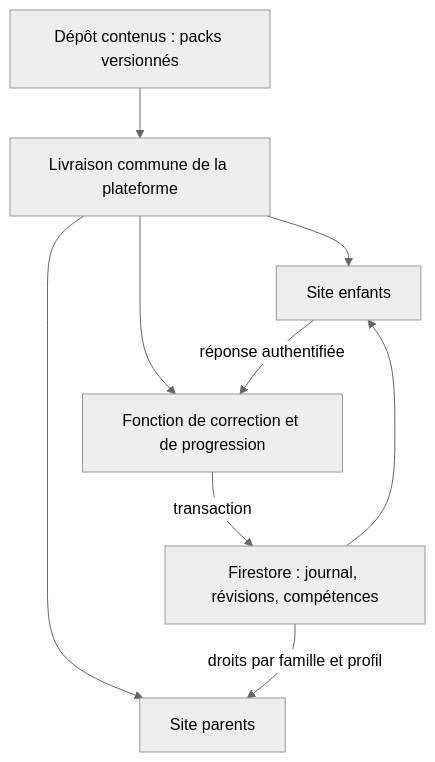
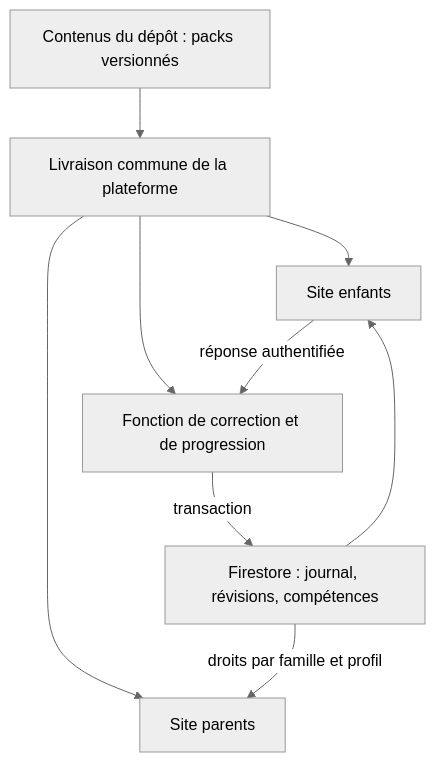
One commit to Al532/famille-apprentissages changed the diagram in docs/architecture.md. Above: the diagram before and after it, drawn with Mermaid (neutral theme). The commit also changed other lines of this file and 13 other files, not shown here.

````diff
--- a/docs/architecture.md
+++ b/docs/architecture.md
@@ -5,11 +5,11 @@
 ```mermaid
 flowchart TD
-  C["Dépôt contenus : packs versionnés"] --> R["Livraison commune de la plateforme"]
+  C["Contenus du dépôt : packs versionnés"] --> R["Livraison commune de la plateforme"]
   R --> E["Site enfants"]
   R --> P["Site parents"]
   R --> F["Fonction de correction et de progression"]
   E -->|"réponse authentifiée"| F
   F -->|"transaction"| D["Firestore : journal, révisions, compétences"]
   D -->|"droits par famille et profil"| P
   D --> E
 ```
````
